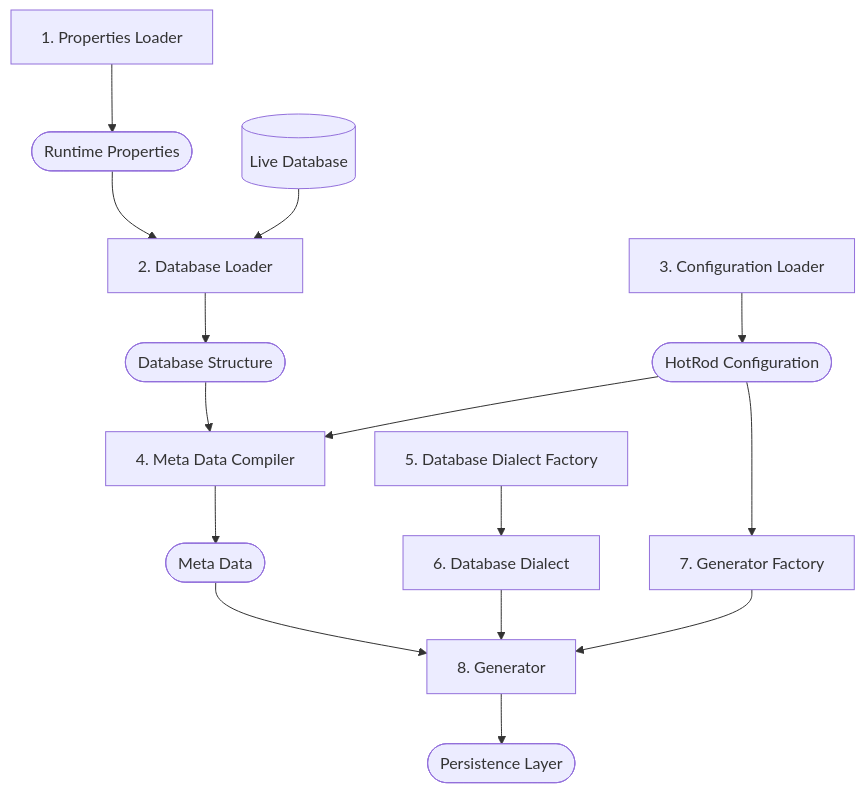
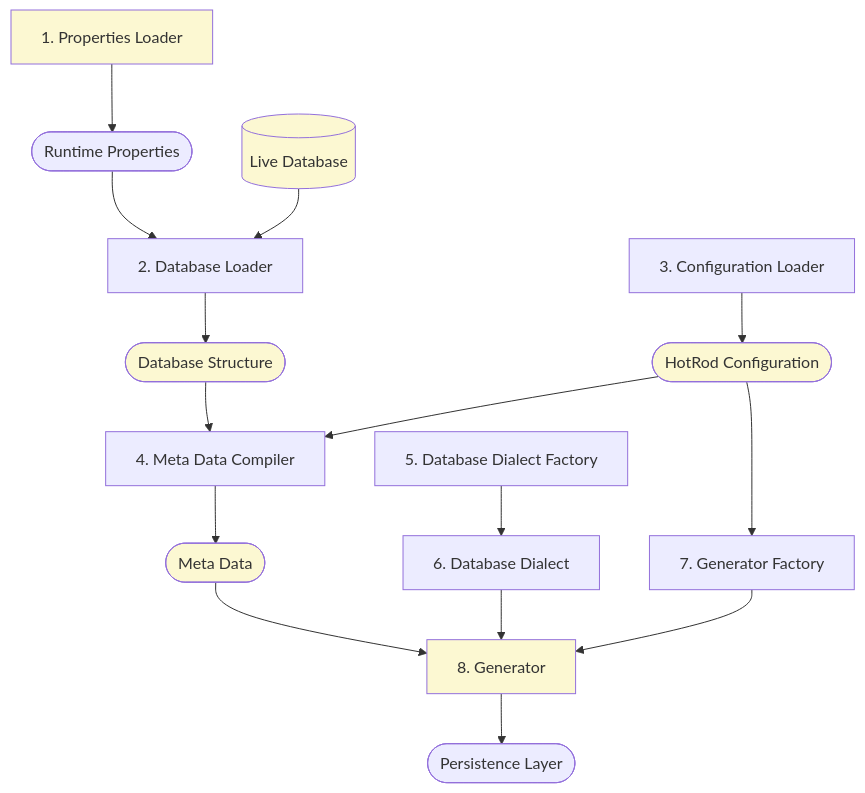
One commit to hotrodorm/hotrod changed the diagram in hotrod-project/docs/architecture.md. Above: the diagram before and after it, drawn with Mermaid.

````diff
--- a/hotrod-project/docs/architecture.md
+++ b/hotrod-project/docs/architecture.md
@@ -17,23 +17,29 @@
 ```mermaid
 graph TD;
 
 A[1. Properties Loader] --> B([Runtime Properties]);
+style A fill:#fcf8d2
 
 B --> F[2. Database Loader];
 G[(Live Database)] --> F;
+style G fill:#fcf8d2
 C[3. Configuration Loader] --> D([HotRod Configuration]);
+style D fill:#fcf8d2
 F --> E([Database Structure]);
+style E fill:#fcf8d2
 
 E --> H[4. Meta Data Compiler];
 D --> H;
 H --> I([Meta Data]);
+style I fill:#fcf8d2
 
 D --> J[7. Generator Factory];
 J --> K[8. Generator];
 I --> K;
 K --> L([Persistence Layer]);
+style K fill:#fcf8d2
 
 M[5. Database Dialect Factory] --> N[6. Database Dialect];
 N --> K;
 
 ```
````
